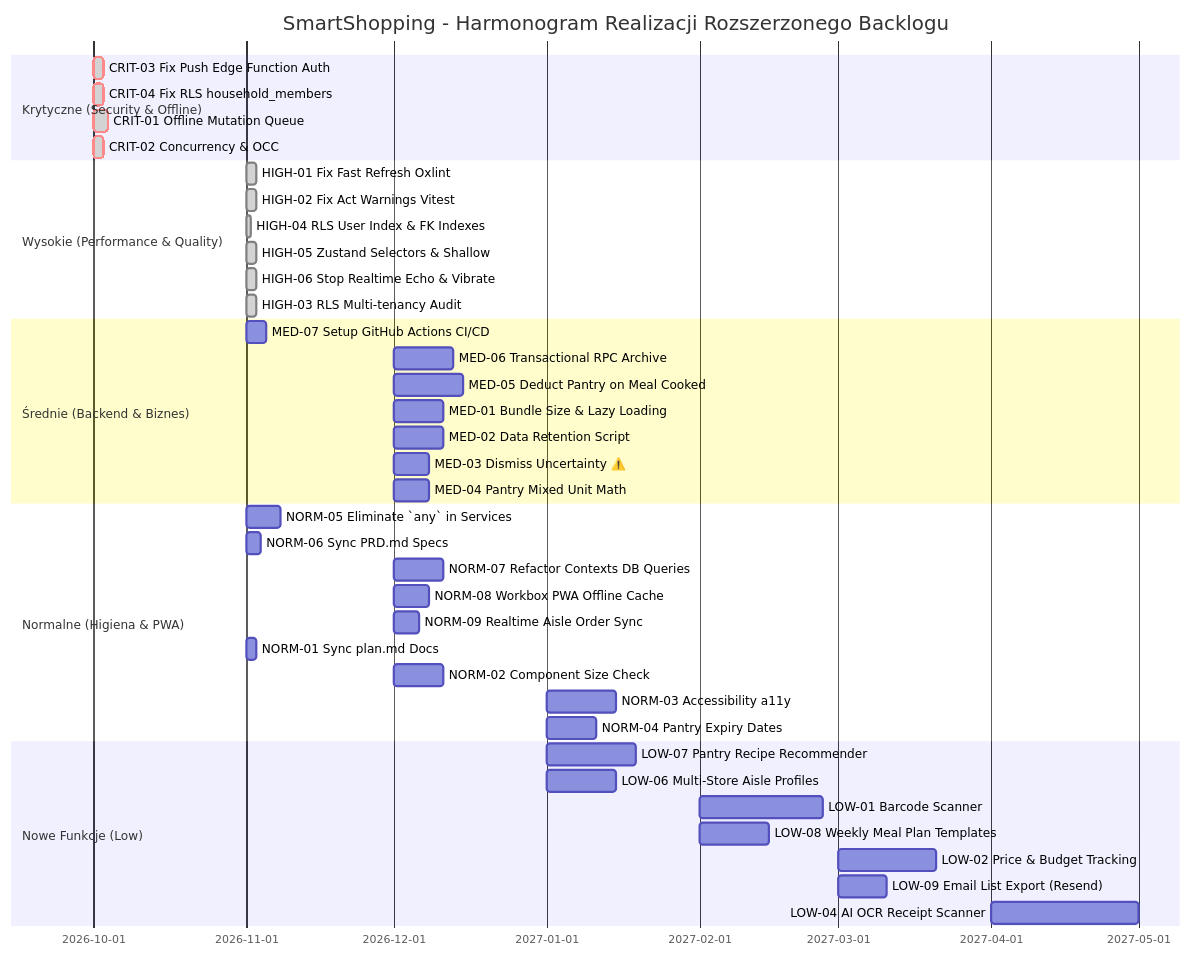
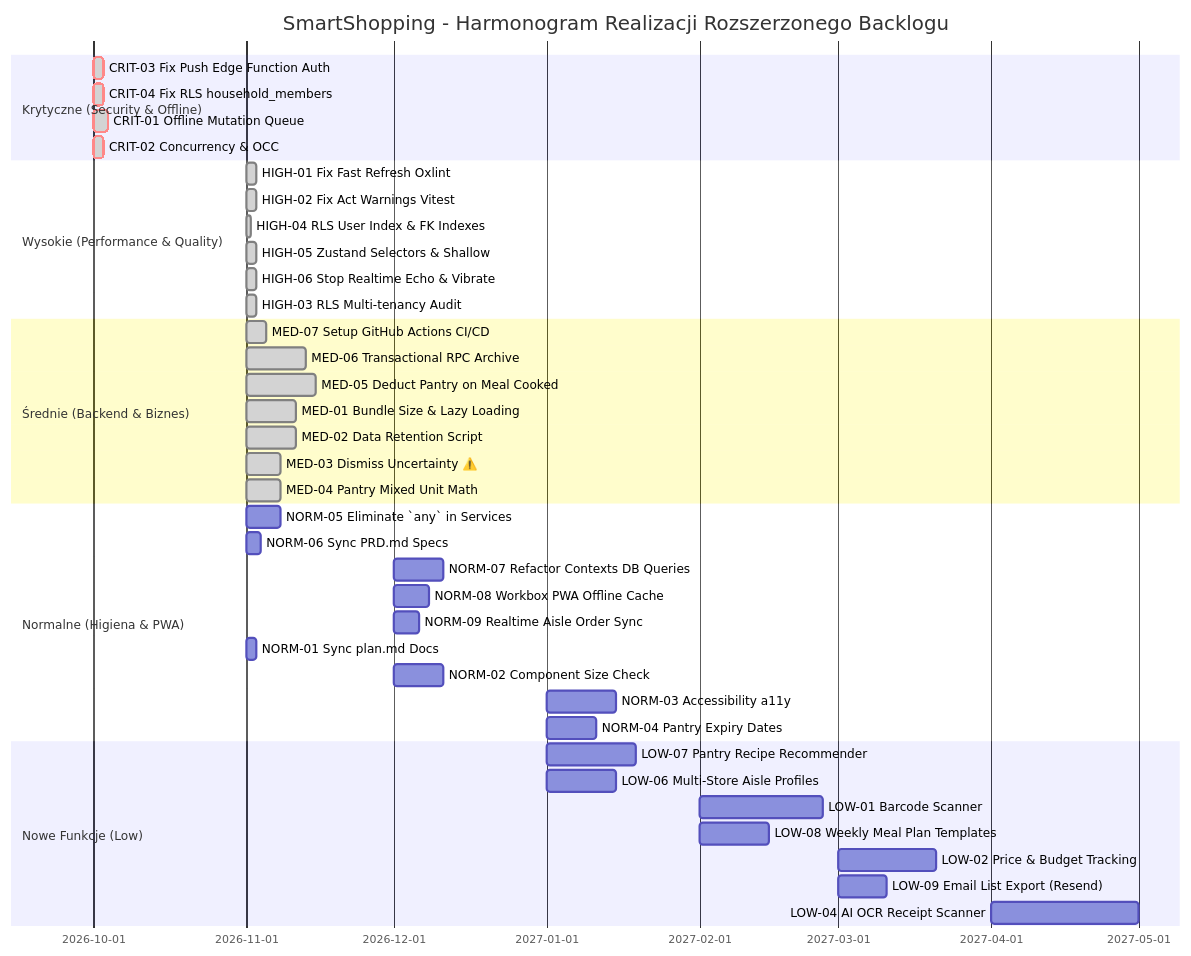
Before and after one commit to dobrybajer/SmartShopping: the diagram in docs/Roadmap.md, drawn with Mermaid. The commit also changed other lines of this file and 41 other files, not shown here.

Commit message:
roadmap: 7 medium issues fixed

````diff
--- a/docs/Roadmap.md
+++ b/docs/Roadmap.md
@@ -542,43 +519,43 @@
 ```mermaid
 gantt
     title SmartShopping - Harmonogram Realizacji Rozszerzonego Backlogu
     dateFormat  YYYY-MM
     section Krytyczne (Security & Offline)
     CRIT-03 Fix Push Edge Function Auth :crit, done, 2026-10, 2d
     CRIT-04 Fix RLS household_members    :crit, done, 2026-10, 2d
     CRIT-01 Offline Mutation Queue       :crit, done, 2026-10, 3d
     CRIT-02 Concurrency & OCC            :crit, done, 2026-10, 2d
     section Wysokie (Performance & Quality)
     HIGH-01 Fix Fast Refresh Oxlint     :done, 2026-11, 2d
     HIGH-02 Fix Act Warnings Vitest      :done, 2026-11, 2d
     HIGH-04 RLS User Index & FK Indexes  :done, 2026-11, 1d
     HIGH-05 Zustand Selectors & Shallow  :done, 2026-11, 2d
     HIGH-06 Stop Realtime Echo & Vibrate :done, 2026-11, 2d
     HIGH-03 RLS Multi-tenancy Audit      :done, 2026-11, 2d
     section Średnie (Backend & Biznes)
-    MED-07 Setup GitHub Actions CI/CD    :2026-11, 4d
-    MED-06 Transactional RPC Archive     :2026-12, 12d
-    MED-05 Deduct Pantry on Meal Cooked  :2026-12, 14d
-    MED-01 Bundle Size & Lazy Loading    :2026-12, 10d
-    MED-02 Data Retention Script         :2026-12, 10d
-    MED-03 Dismiss Uncertainty ⚠️        :2026-12, 7d
-    MED-04 Pantry Mixed Unit Math        :2026-12, 7d
+    MED-07 Setup GitHub Actions CI/CD    :done, 2026-11, 4d
+    MED-06 Transactional RPC Archive     :done, 2026-11, 12d
+    MED-05 Deduct Pantry on Meal Cooked  :done, 2026-11, 14d
+    MED-01 Bundle Size & Lazy Loading    :done, 2026-11, 10d
+    MED-02 Data Retention Script         :done, 2026-11, 10d
+    MED-03 Dismiss Uncertainty ⚠️        :done, 2026-11, 7d
+    MED-04 Pantry Mixed Unit Math        :done, 2026-11, 7d
     section Normalne (Higiena & PWA)
     NORM-05 Eliminate `any` in Services  :2026-11, 7d
     NORM-06 Sync PRD.md Specs            :2026-11, 3d
     NORM-07 Refactor Contexts DB Queries :2026-12, 10d
     NORM-08 Workbox PWA Offline Cache    :2026-12, 7d
     NORM-09 Realtime Aisle Order Sync    :2026-12, 5d
     NORM-01 Sync plan.md Docs            :2026-11, 2d
     NORM-02 Component Size Check         :2026-12, 10d
     NORM-03 Accessibility a11y           :2027-01, 14d
     NORM-04 Pantry Expiry Dates          :2027-01, 10d
     section Nowe Funkcje (Low)
     LOW-07 Pantry Recipe Recommender     :2027-01, 18d
     LOW-06 Multi-Store Aisle Profiles    :2027-01, 14d
     LOW-01 Barcode Scanner               :2027-02, 25d
     LOW-08 Weekly Meal Plan Templates    :2027-02, 14d
     LOW-02 Price & Budget Tracking       :2027-03, 20d
     LOW-09 Email List Export (Resend)    :2027-03, 10d
     LOW-04 AI OCR Receipt Scanner        :2027-04, 30d
 ```
````
